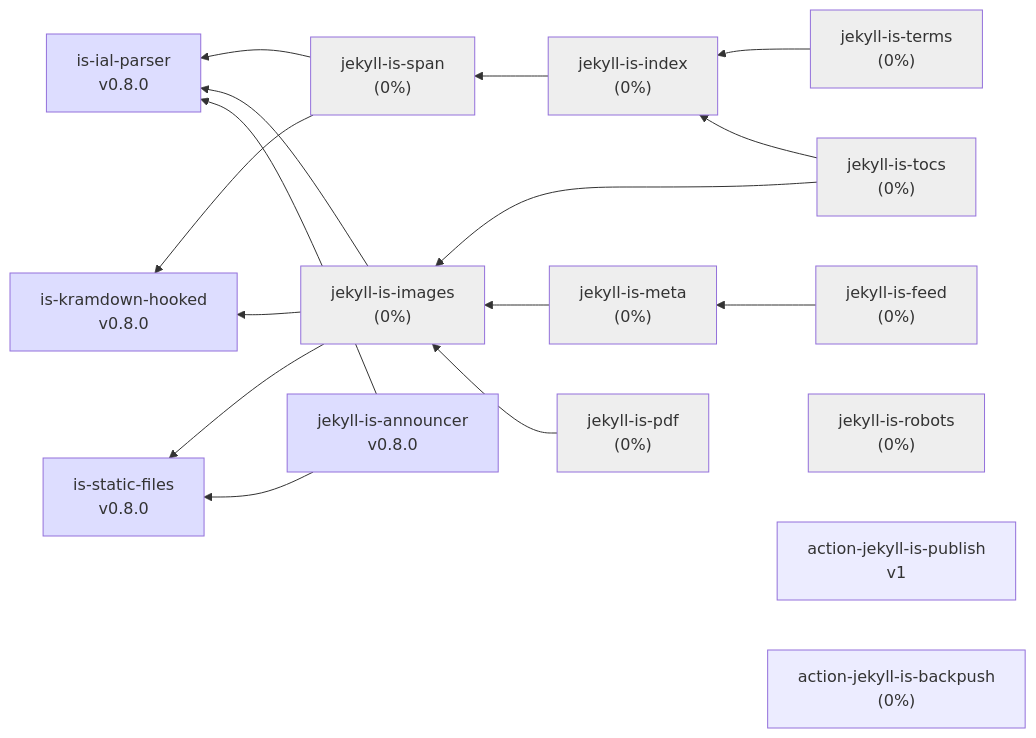
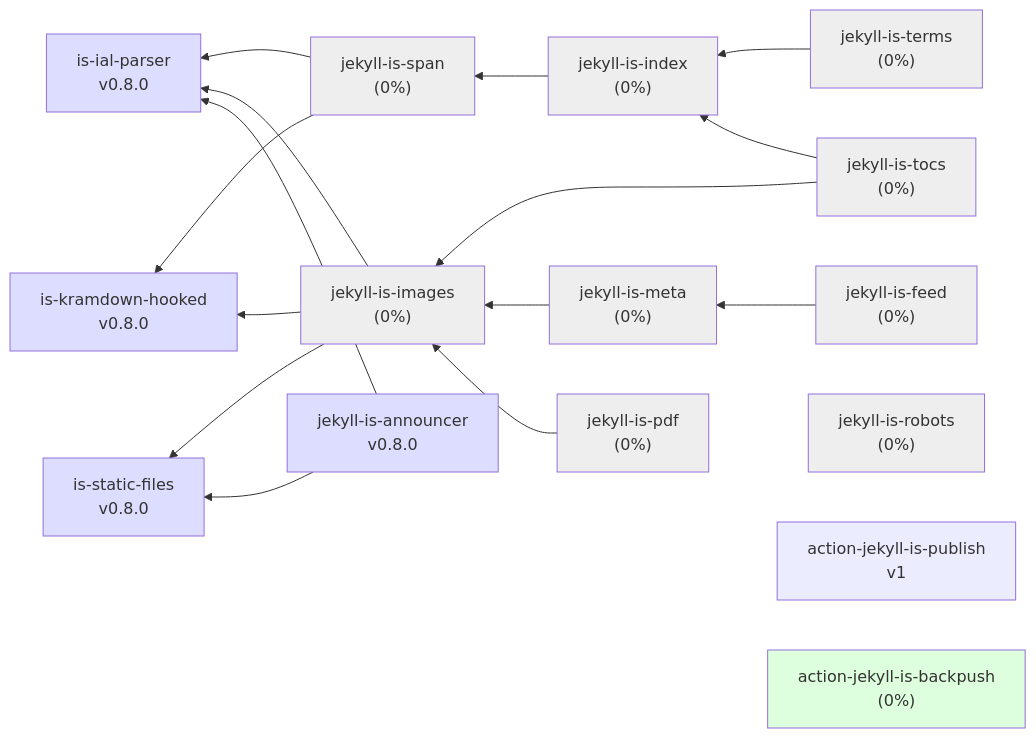
One commit to jekyll-is/.github changed the diagram in profile/README.md. Above: the diagram before and after it, drawn with Mermaid.

````diff
--- a/profile/README.md
+++ b/profile/README.md
@@ -7,59 +7,59 @@
 ```mermaid
 graph RL
   kramdown["is-kramdown-hooked<br>v0.8.0"]
   ial["is-ial-parser<br>v0.8.0"]
   statics["is-static-files<br>v0.8.0"]
   span["jekyll-is-span<br>(0%)"] --> ial
   span --> kramdown
   index["jekyll-is-index<br>(0%)"] --> span
   abbr["jekyll-is-terms<br>(0%)"] --> index
   images["jekyll-is-images<br>(0%)"] --> ial
   images --> kramdown
   images --> statics
   tocs["jekyll-is-tocs<br>(0%)"] --> images
   tocs --> index
   meta["jekyll-is-meta<br>(0%)"] --> images
   feed["jekyll-is-feed<br>(0%)"] --> meta
   robots["jekyll-is-robots<br>(0%)"]
   announcer["jekyll-is-announcer<br>v0.8.0"] --> statics
   announcer --> ial
   act-publish["action-jekyll-is-publish<br>v1"]
-  act-backpuch["action-jekyll-is-backpush<br>(0%)"]
+  act-backpush["action-jekyll-is-backpush<br>(0%)"]
   pdf["jekyll-is-pdf<br>(0%)"] --> images
 
 click ial "https://github.com/jekyll-is/is-ial-parser"
 click kramdown "https://github.com/jekyll-is/is-kramdown-hooked"
 click announcer "https://github.com/jekyll-is/jekyll-is-announcer"
 click act-publish "https://github.com/jekyll-is/action-jekyll-is-publish"
 click act-backpush "https://github.com/jekyll-is/action-jekyll-is-backpush"
 click images "https://github.com/jekyll-is/jekyll-is-images"
 click robots "https://github.com/jekyll-is/jekyll-is-robots"
 click meta "https://github.com/jekyll-is/jekyll-is-meta"
 click pdf "https://github.com/jekyll-is/jekyll-is-pdf"
 click tocs "https://github.com/jekyll-is/jekyll-is-tocs"
 click feed "https://github.com/jekyll-is/jekyll-is-feed"
 click index "https://github.com/jekyll-is/jekyll-is-index"
 click span "https://github.com/jekyll-is/jekyll-is-span"
 click abbr "https://github.com/jekyll-is/jekyll-is-terms"
 click statics "https://github.com/jekyll-is/is-static-files"
 
 classDef green fill:#DFD
 classDef gray fill:#EEE
 classDef blue fill:#DDF
 
 class ial blue
 class kramdown blue
 class images gray
 class announcer blue
 class act-publich blue
 class act-backpush green
 class pdf gray
 class span gray
 class index gray
 class feed gray
 class meta gray
 class robots gray
 class tocs gray
 class abbr gray
 class statics blue
 ```
````
